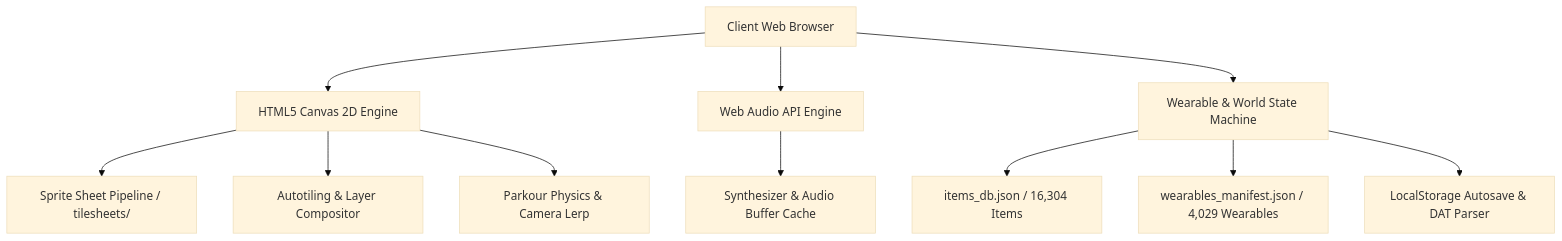
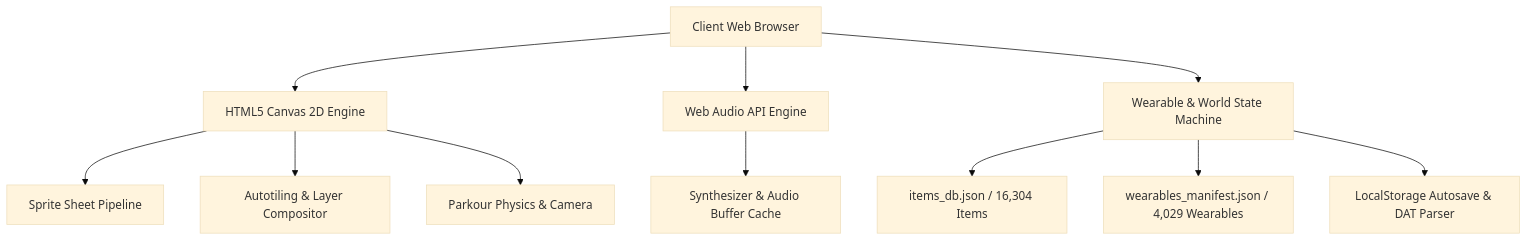
Before and after one commit to araeys/growtopia-explorer: the diagram in README.md, drawn with Mermaid (base theme). The commit also changed other lines of this file, not shown here.

````diff
--- a/README.md
+++ b/README.md
@@ -95,15 +85,13 @@
 ```mermaid
 graph TD
     A[Client Web Browser] --> B[HTML5 Canvas 2D Engine]
     A --> C[Web Audio API Engine]
     A --> D[Wearable & World State Machine]
-    
-    B --> E[Sprite Sheet Pipeline / tilesheets/]
+    B --> E[Sprite Sheet Pipeline]
     B --> F[Autotiling & Layer Compositor]
-    B --> G[Parkour Physics & Camera Lerp]
-    
+    B --> G[Parkour Physics & Camera]
     C --> H[Synthesizer & Audio Buffer Cache]
     D --> I[items_db.json / 16,304 Items]
     D --> J[wearables_manifest.json / 4,029 Wearables]
     D --> K[LocalStorage Autosave & DAT Parser]
 ```
````
